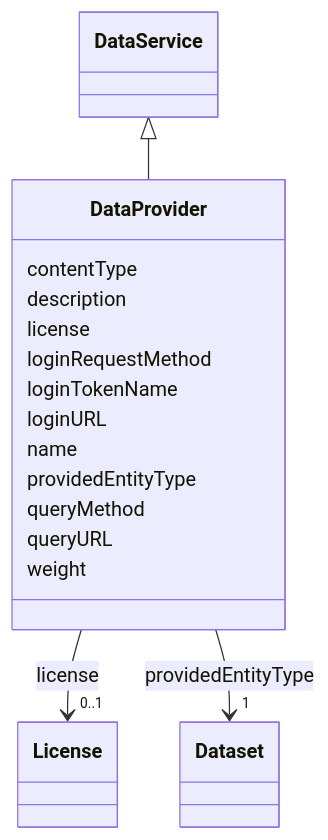
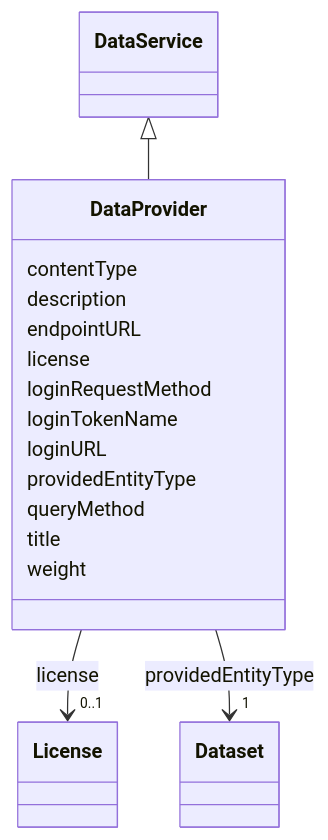
One commit to EVORA-project/evora-ontology changed the diagram in models/docs/DataProvider.md. Above: the diagram before and after it, drawn with Mermaid. The commit also changed other lines of this file and 435 other files, not shown here.

````diff
--- a/models/docs/DataProvider.md
+++ b/models/docs/DataProvider.md
@@ -19,45 +19,45 @@
 ```mermaid
  classDiagram
     class DataProvider
     click DataProvider href "../DataProvider"
       DataService <|-- DataProvider
         click DataService href "../DataService"
       
       DataProvider : contentType
         
       DataProvider : description
+        
+      DataProvider : endpointURL
         
       DataProvider : license
         
           
     
     
     DataProvider --> "0..1" License : license
     click License href "../License"
 
         
       DataProvider : loginRequestMethod
         
       DataProvider : loginTokenName
         
       DataProvider : loginURL
         
-      DataProvider : name
-        
       DataProvider : providedEntityType
         
           
     
     
     DataProvider --> "1" Dataset : providedEntityType
     click Dataset href "../Dataset"
 
         
       DataProvider : queryMethod
         
-      DataProvider : queryURL
+      DataProvider : title
         
       DataProvider : weight
         
       
 ```
````
